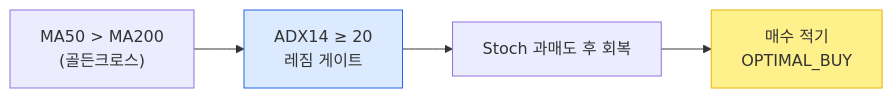
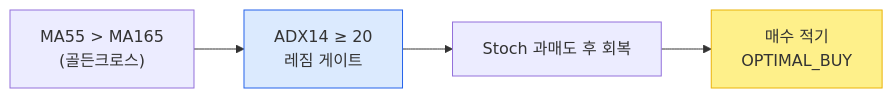
The second of 2 diagrams in docs/buy-sell-usage-guide.md (isinthesky/envelope-stock-fastapi), drawn with Mermaid before and after one commit. The commit also changed other lines of this file and 34 other files, not shown here.

````diff
--- a/docs/buy-sell-usage-guide.md
+++ b/docs/buy-sell-usage-guide.md
@@ -81,8 +85,8 @@
 ```mermaid
 flowchart LR
-    G["MA50 > MA200<br/>(골든크로스)"] --> R["ADX14 ≥ 20<br/>레짐 게이트"]
+    G["MA55 > MA165<br/>(골든크로스)"] --> R["ADX14 ≥ 20<br/>레짐 게이트"]
     R --> P["Stoch 과매도 후 회복"]
     P --> O["매수 적기<br/>OPTIMAL_BUY"]
     style R fill:#dbeafe,stroke:#2563eb
     style O fill:#fef08a,stroke:#eab308
 ```
````
